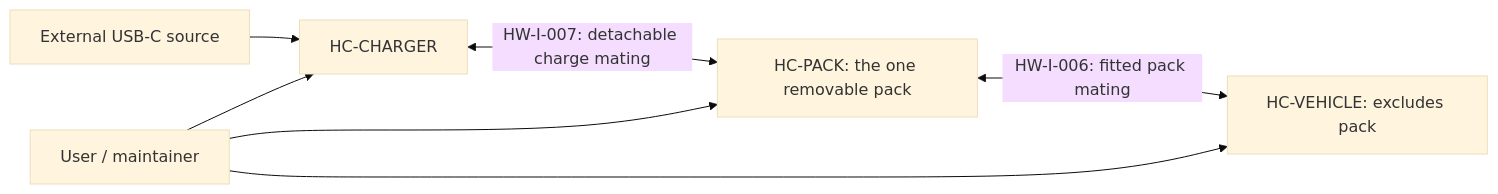
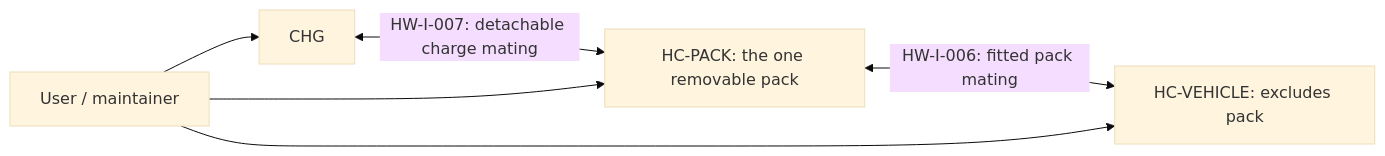
One commit to dhellhake/X2CityMCU changed the diagram in .devenv/Architecture/ARCH-002_Hardware_Architecture.md. Above: the diagram before and after it, drawn with Mermaid (base theme). The commit also changed other lines of this file and 150 other files, not shown here.

Commit message:
Intermediate state of Requirements and Architecture Definition phase

````diff
--- a/.devenv/Architecture/ARCH-002_Hardware_Architecture.md
+++ b/.devenv/Architecture/ARCH-002_Hardware_Architecture.md
@@ -15,9 +16,8 @@
 ```mermaid
 flowchart LR
-  USB[External USB-C source] --> CHG[HC-CHARGER]
   CHG <-->|HW-I-007: detachable charge mating| PACK[HC-PACK: the one removable pack]
   PACK <-->|HW-I-006: fitted pack mating| VEH[HC-VEHICLE: excludes pack]
   RIDER[User / maintainer] --> VEH
   RIDER --> PACK
   RIDER --> CHG
 ```
````
